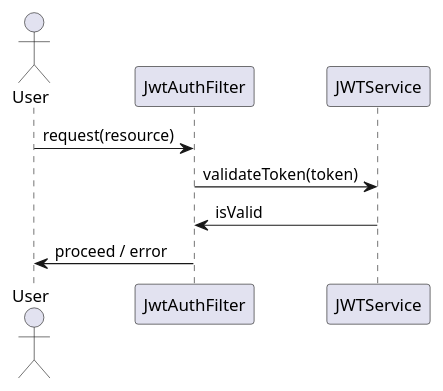
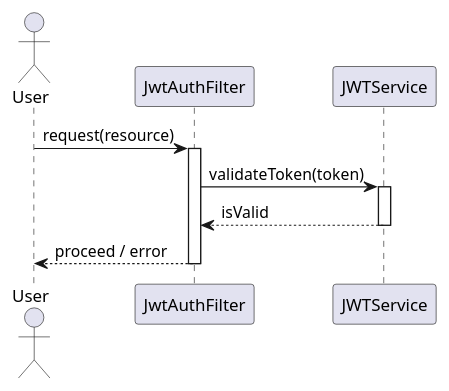
Before and after one commit to Dinesh-s95/AutoDoc.ai: the third of 5 diagrams in identityprovider/documentation/detaileddesign.adoc, drawn with PlantUML. The commit also changed other lines of this file and 4 other files, not shown here.

```diff
--- a/identityprovider/documentation/detaileddesign.adoc
+++ b/identityprovider/documentation/detaileddesign.adoc
@@ -300,13 +204,17 @@
-[source,plantuml]
+[plantuml, jwt-validation-sequence, png]
 ----
 @startuml
-actor "User" as user
-participant "JwtAuthFilter" as filter
-participant "JWTService" as jwtService
+actor "User" as U
+participant "JwtAuthFilter" as JF
+participant "JWTService" as JS
 
-user -> filter : request(resource)
-filter -> jwtService : validateToken(token)
-jwtService -> filter : isValid
-filter -> user : proceed / error
+U -> JF : request(resource)
+activate JF
+JF -> JS : validateToken(token)
+activate JS
+JS --> JF : isValid
+deactivate JS
+JF --> U : proceed / error
+deactivate JF
 @enduml
 ----
```
